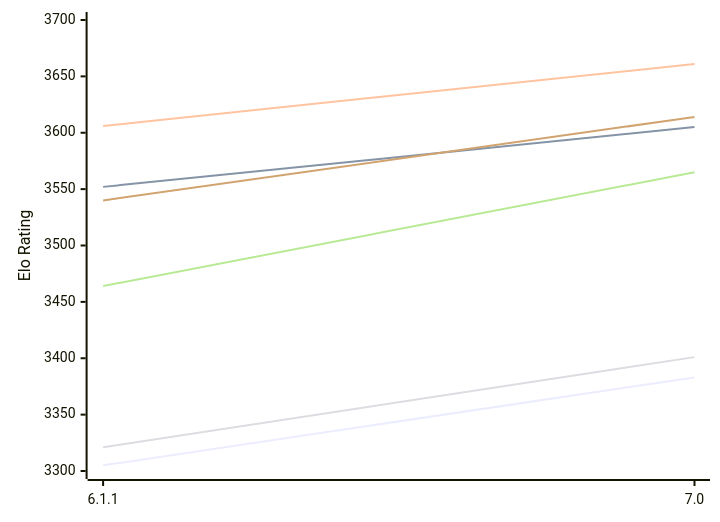
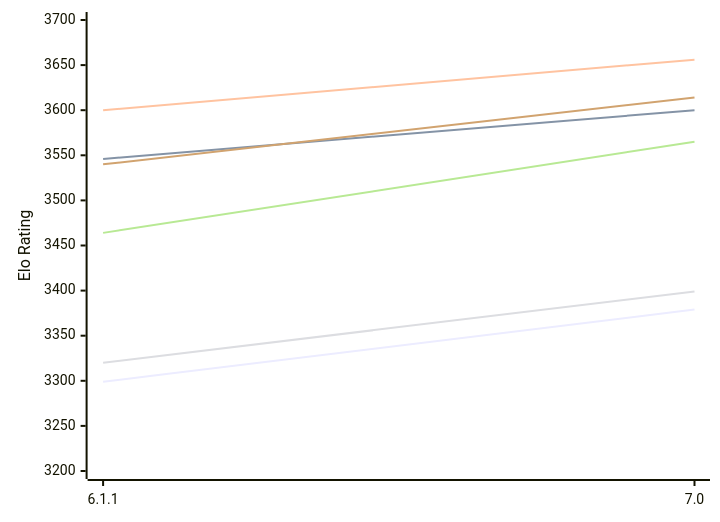
One commit to computer-chess-index/cci changed the first of 2 diagrams in engines/Astra.md. Above: the diagram before and after it, drawn with Mermaid. The commit also changed other lines of this file, not shown here.

Commit message:
Update CCI Ratings (ELO VLTC) - 2026-11-26

````diff
--- a/engines/Astra.md
+++ b/engines/Astra.md
@@ -50,12 +50,12 @@
 ```mermaid
 %%{init: {"theme":"base","themeVariables":{"seriesColors:['#a3a3a3','#222221','#faa371']}}}%%
 xychart-beta
   x-axis ["6.1.1", "7.0"]
-  y-axis "Elo Rating" 3300 --> 3700
-  line "E1: STC (8.0+0.08s)" [3305, 3383]
-  line "E1: LTC (60.0+0.60s)" [3552, 3605]
-  line "E1: VLTC (2m24s+1.12s)" [3606, 3661]
-  line "P1: STC (8.0+0.08s)" [3321, 3401]
+  y-axis "Elo Rating" 3200 --> 3700
+  line "E1: STC (8.0+0.08s)" [3299, 3379]
+  line "E1: LTC (60.0+0.60s)" [3546, 3600]
+  line "E1: VLTC (2m24s+1.12s)" [3600, 3656]
+  line "P1: STC (8.0+0.08s)" [3320, 3399]
   line "P1: LTC (60.0+0.60s)" [3464, 3565]
   line "P1: VLTC (2m24s+1.12s)" [3540, 3614]
 ```
````
